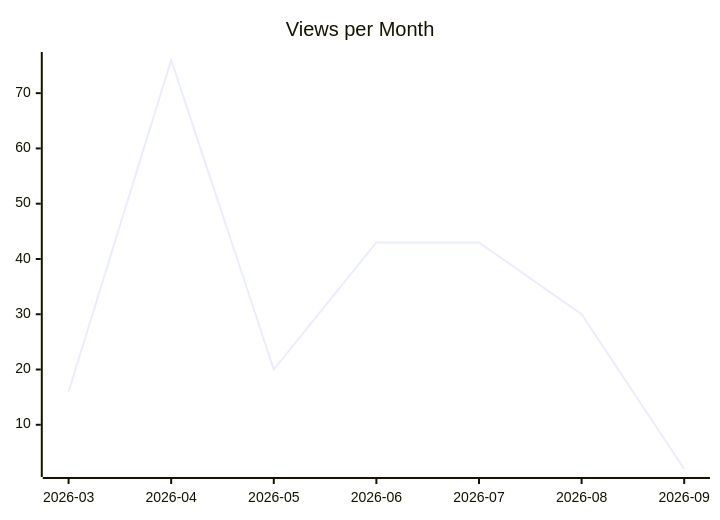
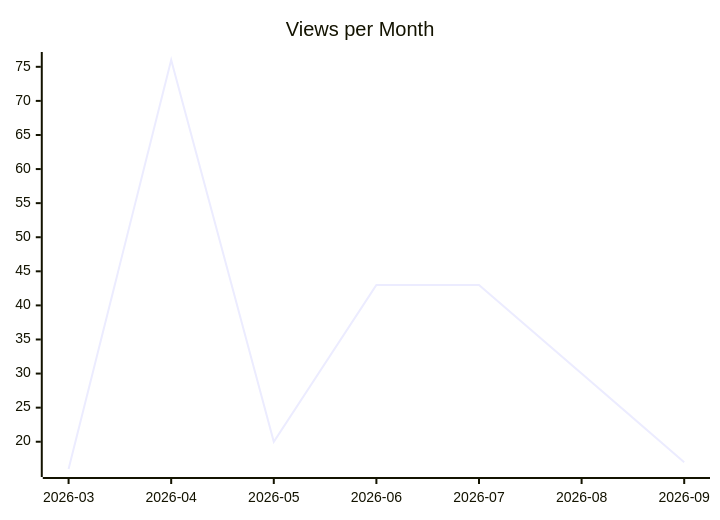
The second of 3 diagrams in karlmdavis/ksoap2-android/README.md (justdavis-family/github-analytics-data), drawn with Mermaid before and after one commit. The commit also changed other lines of this file and 191 other files, not shown here.

````diff
--- a/karlmdavis/ksoap2-android/README.md
+++ b/karlmdavis/ksoap2-android/README.md
@@ -12,6 +12,6 @@
 ```mermaid
 xychart-beta
   title "Views per Month"
   x-axis ["2026-03", "2026-04", "2026-05", "2026-06", "2026-07", "2026-08", "2026-09"]
-  line [16, 76, 20, 43, 43, 30, 2]
+  line [16, 76, 20, 43, 43, 30, 17]
 ```
````
